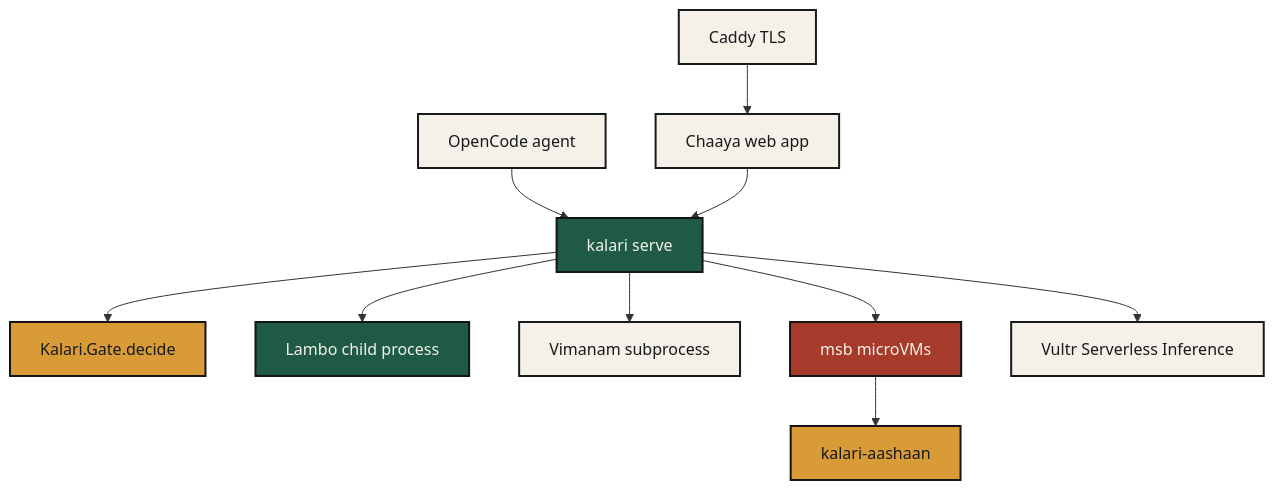
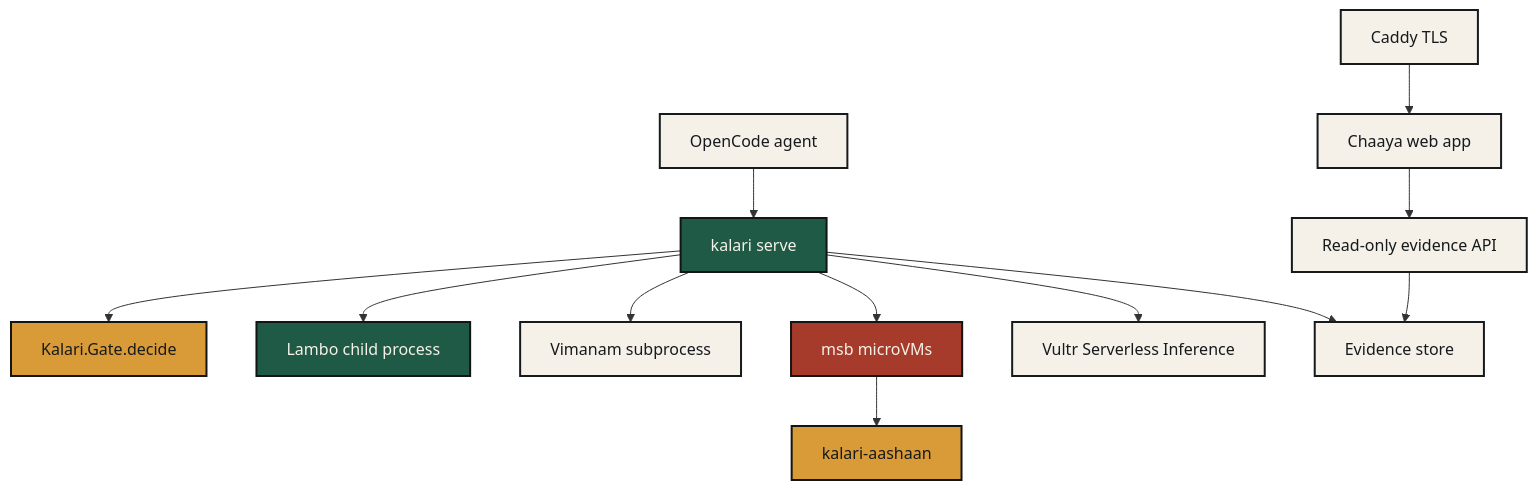
The diagram in site/diagrams/system-context.mmd (nrynss/kalari), drawn with Mermaid before and after one commit. The commit also changed 13 other files, not shown here.

```diff
--- a/site/diagrams/system-context.mmd
+++ b/site/diagrams/system-context.mmd
@@ -1,26 +1,30 @@
 flowchart TB
   agent["OpenCode agent"]:::neutral
   kalari["kalari serve"]:::kalari
   gate["Kalari.Gate.decide"]:::gate
   lambo["Lambo child process"]:::kalari
   vimanam["Vimanam subprocess"]:::neutral
   msb["msb microVMs"]:::reference
   aashaan["kalari-aashaan"]:::gate
   inference["Vultr Serverless Inference"]:::neutral
   caddy["Caddy TLS"]:::neutral
   web["Chaaya web app"]:::neutral
 
   agent --> kalari
   kalari --> gate
   kalari --> lambo
   kalari --> vimanam
   kalari --> msb
   msb --> aashaan
   kalari --> inference
-  web --> kalari
+  api["Read-only evidence API"]:::neutral
+  evidence["Evidence store"]:::neutral
+  web --> api
+  kalari --> evidence
+  api --> evidence
   caddy --> web
 
   classDef kalari fill:#1f5a46,color:#f5f1e8,stroke:#121514,stroke-width:2px
   classDef reference fill:#a63a2b,color:#f5f1e8,stroke:#121514,stroke-width:2px
   classDef gate fill:#d99b38,color:#171a1c,stroke:#121514,stroke-width:2px
   classDef neutral fill:#f5f1e8,color:#171a1c,stroke:#171a1c,stroke-width:2px
```
